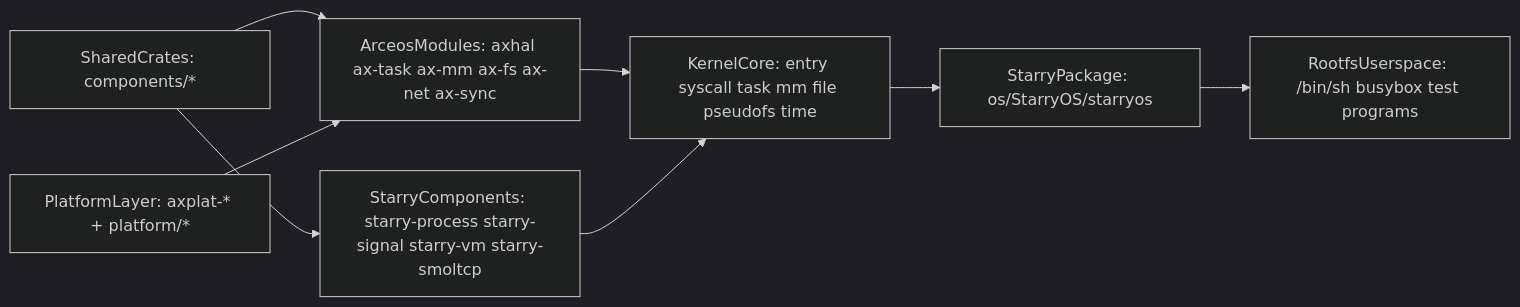
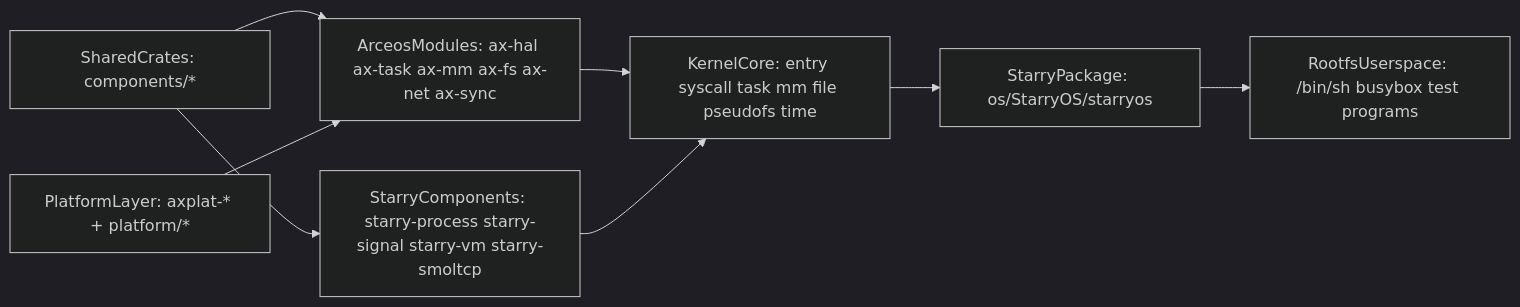
Before and after one commit to zKurisu/tgoskits: the first of 5 diagrams in docs/starryos-internals.md, drawn with Mermaid (dark theme). The commit also changed other lines of this file and 158 other files, not shown here.

Commit message:
rename axhal to ax-hal

````diff
--- a/docs/starryos-internals.md
+++ b/docs/starryos-internals.md
@@ -26,18 +26,18 @@
 ```mermaid
 flowchart LR
     rootfsUsers["RootfsUserspace: /bin/sh busybox test programs"]
     starryPackage["StarryPackage: os/StarryOS/starryos"]
     kernelCore["KernelCore: entry syscall task mm file pseudofs time"]
     starryComponents["StarryComponents: starry-process starry-signal starry-vm starry-smoltcp"]
-    arceosModules["ArceosModules: axhal ax-task ax-mm ax-fs ax-net ax-sync"]
+    arceosModules["ArceosModules: ax-hal ax-task ax-mm ax-fs ax-net ax-sync"]
     sharedCrates["SharedCrates: components/*"]
     platformLayer["PlatformLayer: axplat-* + platform/*"]
 
     sharedCrates --> arceosModules
     sharedCrates --> starryComponents
     platformLayer --> arceosModules
     arceosModules --> kernelCore
     starryComponents --> kernelCore
     kernelCore --> starryPackage
     starryPackage --> rootfsUsers
 ```
````
